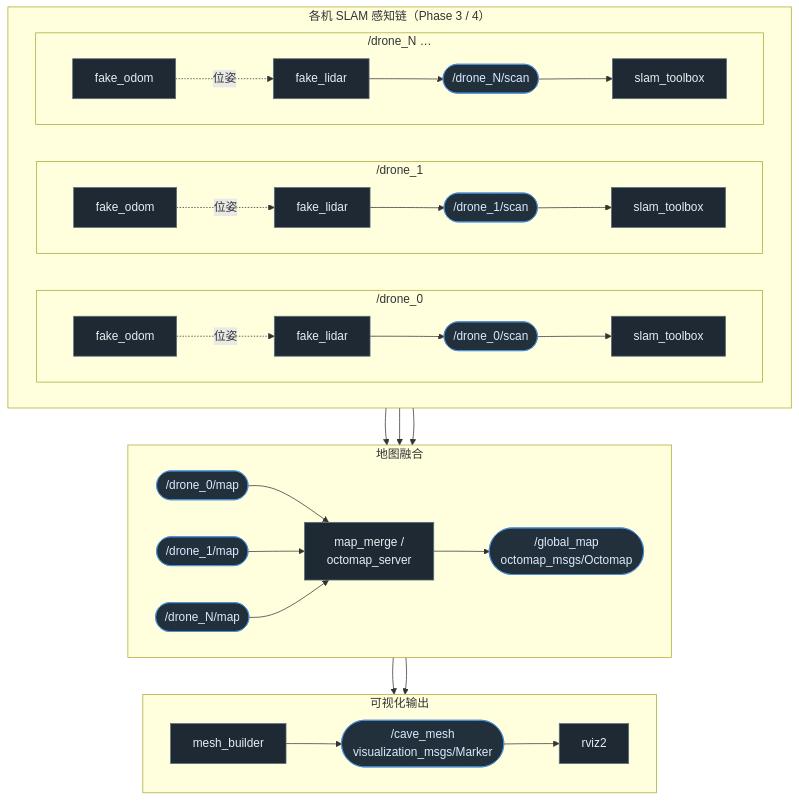
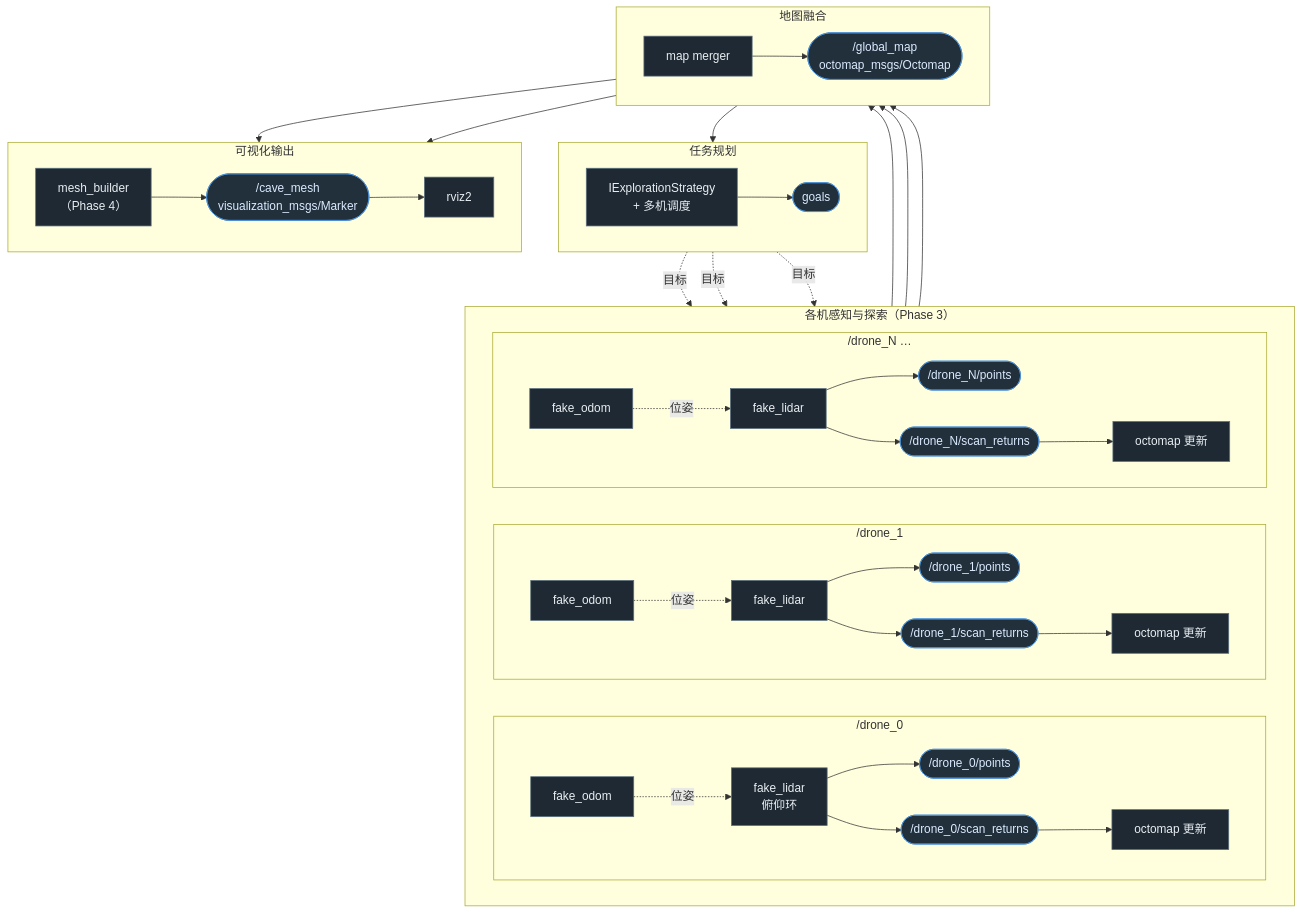
Before and after one commit to qian-loong/alien_scanner: the fourth of 4 diagrams in docs/xenomorph-scanner-plan.md, drawn with Mermaid. The commit also changed other lines of this file and 133 other files, not shown here.

Commit message:
phase3: squash merge swarm controller baseline

````diff
--- a/docs/xenomorph-scanner-plan.md
+++ b/docs/xenomorph-scanner-plan.md
@@ -355,64 +384,71 @@
 ```mermaid
 flowchart TB
-    subgraph SWARM["各机 SLAM 感知链（Phase 3 / 4）"]
+    subgraph SWARM["各机感知与探索（Phase 3）"]
         direction LR
         subgraph D0["/drone_0"]
             direction LR
             O0["fake_odom"]
-            L0["fake_lidar"]
-            S0["slam_toolbox"]
+            L0["fake_lidar<br/>俯仰环"]
+            OCT0["octomap 更新"]
             O0 -. 位姿 .-> L0
-            L0 --> SC0(["/drone_0/scan"]) --> S0
+            L0 --> P0(["/drone_0/points"])
+            L0 --> R0(["/drone_0/scan_returns"]) --> OCT0
         end
         subgraph D1["/drone_1"]
             direction LR
             O1["fake_odom"]
             L1["fake_lidar"]
-            S1["slam_toolbox"]
+            OCT1["octomap 更新"]
             O1 -. 位姿 .-> L1
-            L1 --> SC1(["/drone_1/scan"]) --> S1
+            L1 --> P1(["/drone_1/points"])
+            L1 --> R1(["/drone_1/scan_returns"]) --> OCT1
         end
         subgraph DN["/drone_N …"]
             direction LR
             ON["fake_odom"]
             LN["fake_lidar"]
-            SN["slam_toolbox"]
+            OCTN["octomap 更新"]
             ON -. 位姿 .-> LN
-            LN --> SCN(["/drone_N/scan"]) --> SN
+            LN --> PN(["/drone_N/points"])
+            LN --> RN(["/drone_N/scan_returns"]) --> OCTN
         end
+    end
+
+    subgraph PLAN["任务规划"]
+        direction LR
+        STRAT["IExplorationStrategy<br/>+ 多机调度"]
+        G0(["goals"])
+        STRAT --> G0
     end
 
     subgraph FUSE["地图融合"]
         direction LR
-        M0(["/drone_0/map"])
-        M1(["/drone_1/map"])
-        MN(["/drone_N/map"])
-        MERGE["map_merge /<br/>octomap_server"]
+        MERGE["map merger"]
         GM(["/global_map<br/>octomap_msgs/Octomap"])
-
-        M0 --> MERGE
-        M1 --> MERGE
-        MN --> MERGE
+        OCT0 --> MERGE
+        OCT1 --> MERGE
+        OCTN --> MERGE
         MERGE --> GM
+        GM --> STRAT
     end
 
     subgraph DISPLAY["可视化输出"]
         direction LR
-        MESH["mesh_builder"]
+        MESH["mesh_builder<br/>（Phase 4）"]
         MK(["/cave_mesh<br/>visualization_msgs/Marker"])
         RVIZ["rviz2"]
 
         GM --> MESH
         GM --> RVIZ
         MESH --> MK --> RVIZ
     end
 
-    S0 --> M0
-    S1 --> M1
-    SN --> MN
+    G0 -. 目标 .-> O0
+    G0 -. 目标 .-> O1
+    G0 -. 目标 .-> ON
 
     classDef node fill:#1f2933,stroke:#5c7080,color:#e8eef2;
     classDef topic fill:#22303c,stroke:#4a90d9,color:#dbeafe;
-    class O0,L0,S0,O1,L1,S1,ON,LN,SN,MERGE,MESH,RVIZ node;
-    class SC0,SC1,SCN,M0,M1,MN,GM,MK topic;
+    class O0,L0,OCT0,O1,L1,OCT1,ON,LN,OCTN,STRAT,MERGE,MESH,RVIZ node;
+    class P0,P1,PN,R0,R1,RN,G0,GM,MK topic;
 ```
````
